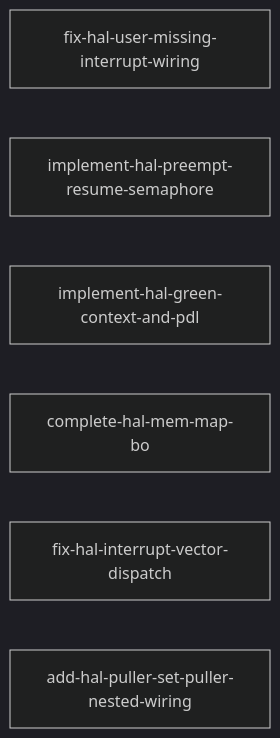
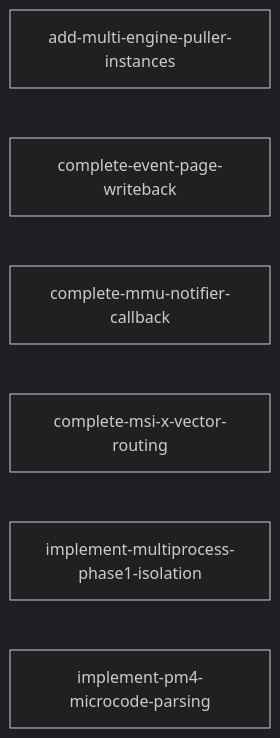
One commit to chisuhua/UsrLinuxEmu changed the diagram in .rddf/state/.deps-output.md. Above: the diagram before and after it, drawn with Mermaid (dark theme). The commit also changed other lines of this file and 1 other file, not shown here.

First line of the commit message:
plan: deps analysis complete (6 changes, no conflicts)

````diff
--- a/.rddf/state/.deps-output.md
+++ b/.rddf/state/.deps-output.md
@@ -8,9 +8,9 @@
 ```mermaid
 flowchart LR
-    fix-hal-user-missing-interrupt-wiring[fix-hal-user-missing-interrupt-wiring]
-    implement-hal-preempt-resume-semaphore[implement-hal-preempt-resume-semaphore]
-    implement-hal-green-context-and-pdl[implement-hal-green-context-and-pdl]
-    complete-hal-mem-map-bo[complete-hal-mem-map-bo]
-    fix-hal-interrupt-vector-dispatch[fix-hal-interrupt-vector-dispatch]
-    add-hal-puller-set-puller-nested-wiring[add-hal-puller-set-puller-nested-wiring]
+    add-multi-engine-puller-instances[add-multi-engine-puller-instances]
+    complete-event-page-writeback[complete-event-page-writeback]
+    complete-mmu-notifier-callback[complete-mmu-notifier-callback]
+    complete-msi-x-vector-routing[complete-msi-x-vector-routing]
+    implement-multiprocess-phase1-isolation[implement-multiprocess-phase1-isolation]
+    implement-pm4-microcode-parsing[implement-pm4-microcode-parsing]
 ```
````
